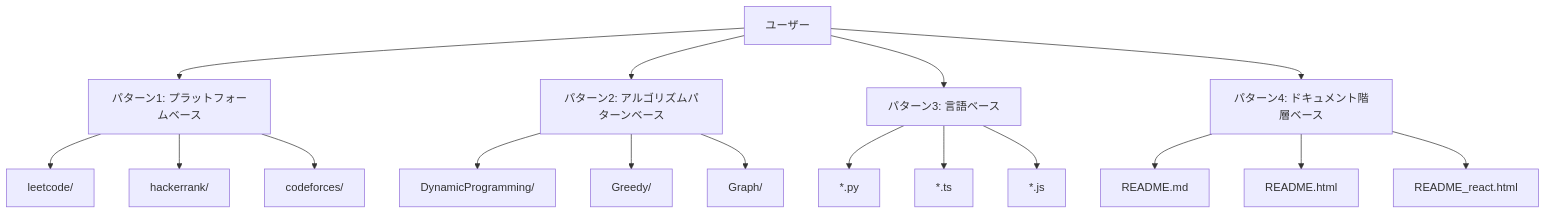
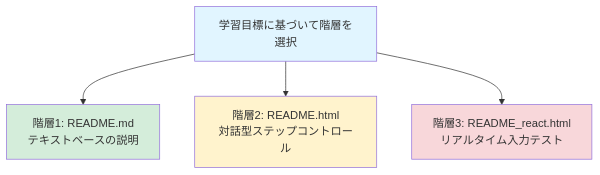
Before and after one commit to myoshi2891/Algorithm-DataStructures-Math-SQL: the ninth of 9 diagrams in README.md, drawn with Mermaid. The commit also changed other lines of this file, not shown here.

````diff
--- a/README.md
+++ b/README.md
@@ -803,23 +527,11 @@
 ```mermaid
 graph TD
-    A[ユーザー] --> B[パターン1: プラットフォームベース]
-    A --> C[パターン2: アルゴリズムパターンベース]
-    A --> D[パターン3: 言語ベース]
-    A --> E[パターン4: ドキュメント階層ベース]
-
-    B --> B1[leetcode/]
-    B --> B2[hackerrank/]
-    B --> B3[codeforces/]
-
-    C --> C1[DynamicProgramming/]
-    C --> C2[Greedy/]
-    C --> C3[Graph/]
-
-    D --> D1[*.py]
-    D --> D2[*.ts]
-    D --> D3[*.js]
-
-    E --> E1[README.md]
-    E --> E2[README.html]
-    E --> E3[README_react.html]
+    A[学習目標に基づいて階層を選択] --> B[階層1: README.md<br/>テキストベースの説明]
+    A --> C[階層2: README.html<br/>対話型ステップコントロール]
+    A --> D[階層3: README_react.html<br/>リアルタイム入力テスト]
+    
+    style A fill:#e1f5ff
+    style B fill:#d4edda
+    style C fill:#fff3cd
+    style D fill:#f8d7da
 ```
````
